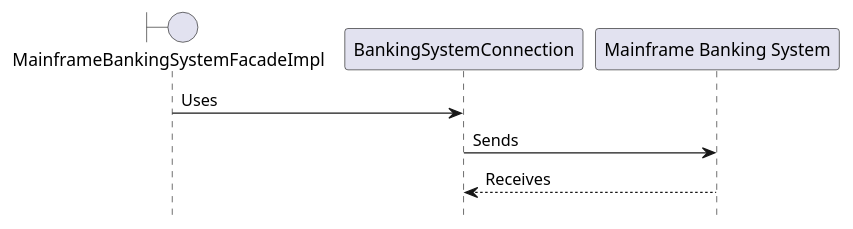
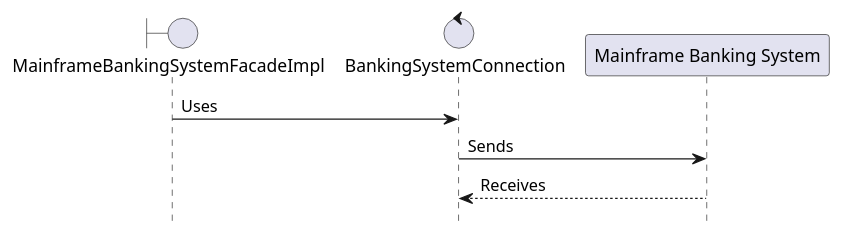
One commit to Nasdanika-Demos/internet-banking-system-php changed the diagram in internet-banking-system/api-application/mainframe-banking-system-facade/mainframe-banking-system-facace-impl.md. Above: the diagram before and after it, drawn with PlantUML. The commit also changed 1 other file, not shown here.

Commit message:
Final touches

````diff
--- a/internet-banking-system/api-application/mainframe-banking-system-facade/mainframe-banking-system-facace-impl.md
+++ b/internet-banking-system/api-application/mainframe-banking-system-facade/mainframe-banking-system-facace-impl.md
@@ -4,9 +4,13 @@
 ```uml
 hide footbox
 
-boundary MainframeBankingSystemFacadeImpl
+hide footbox
+
+boundary MainframeBankingSystemFacadeImpl 
+control BankingSystemConnection
+participant "Mainframe Banking System" as MBS [[../../../../mainframe-banking-system/index.html]]
 
 MainframeBankingSystemFacadeImpl -> BankingSystemConnection: Uses
-BankingSystemConnection -> "Mainframe Banking System" [[../../../../mainframe-banking-system/index.html]]: Sends
-BankingSystemConnection <-- "Mainframe Banking System": Receives
+BankingSystemConnection -> MBS : Sends
+BankingSystemConnection <-- MBS : Receives
 ```
````
